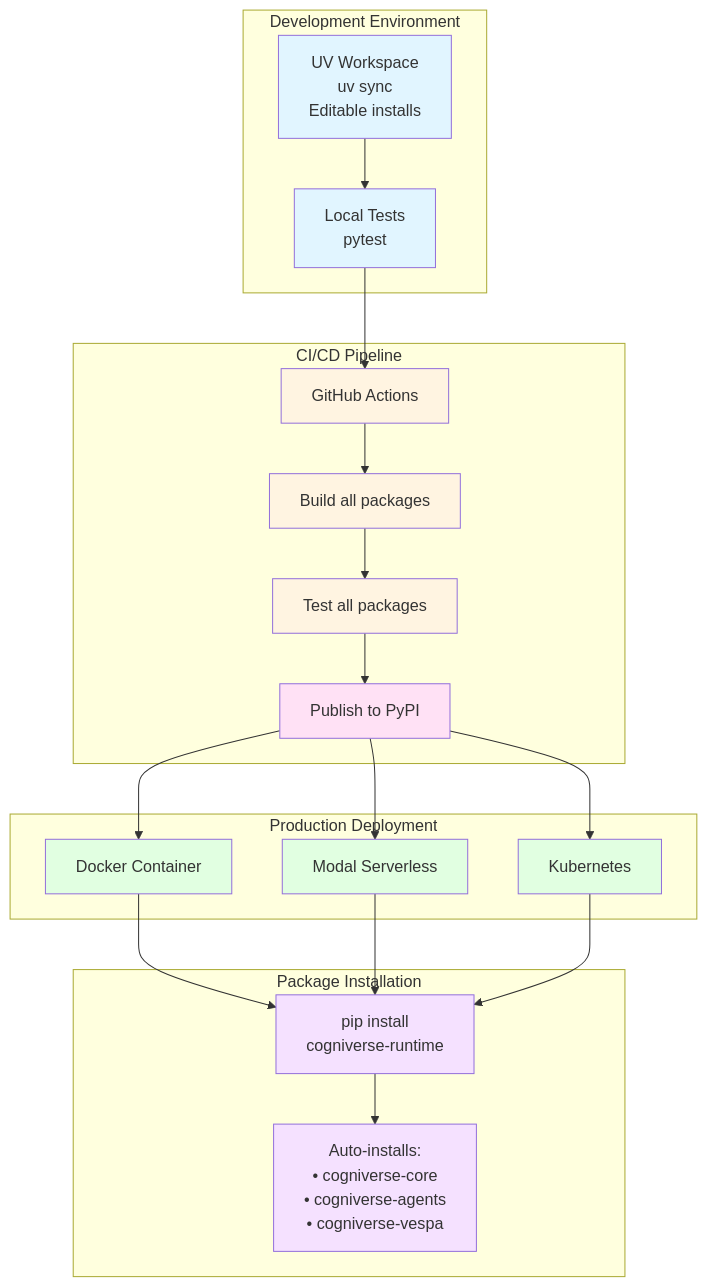
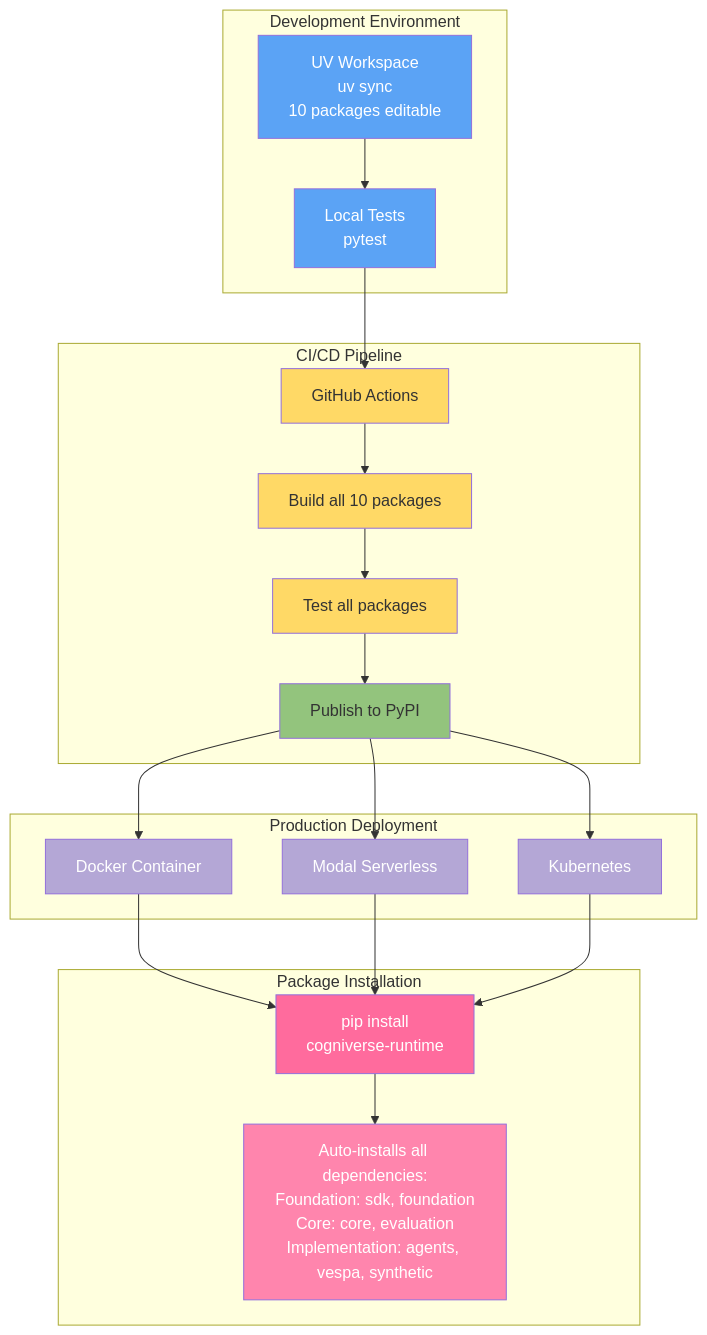
One commit to amit-jain/cogniverse changed diagram 17 of 17 in docs/diagrams/sdk-architecture-diagrams.md. Above: the diagram before and after it, drawn with Mermaid. The commit also changed other lines of this file and 49 other files, not shown here.

First line of the commit message:
Update all documentation to reflect 10-package architecture

````diff
--- a/docs/diagrams/sdk-architecture-diagrams.md
+++ b/docs/diagrams/sdk-architecture-diagrams.md
@@ -653,52 +858,52 @@
 ```mermaid
 graph TB
     subgraph "Development Environment"
-        DevWorkspace[UV Workspace<br/>uv sync<br/>Editable installs]
+        DevWorkspace[UV Workspace<br/>uv sync<br/>10 packages editable]
         DevTests[Local Tests<br/>pytest]
     end
 
     subgraph "CI/CD Pipeline"
         GitHub[GitHub Actions]
-        BuildAll[Build all packages]
+        BuildAll[Build all 10 packages]
         TestAll[Test all packages]
         PublishPyPI[Publish to PyPI]
     end
 
     subgraph "Production Deployment"
         Docker[Docker Container]
         Modal[Modal Serverless]
         Kubernetes[Kubernetes]
     end
 
     subgraph "Package Installation"
         ProdInstall[pip install<br/>cogniverse-runtime]
-        AllDeps[Auto-installs:<br/>• cogniverse-core<br/>• cogniverse-agents<br/>• cogniverse-vespa]
+        AllDeps[Auto-installs all dependencies:<br/>Foundation: sdk, foundation<br/>Core: core, evaluation<br/>Implementation: agents, vespa, synthetic]
     end
 
     DevWorkspace --> DevTests
     DevTests --> GitHub
     GitHub --> BuildAll
     BuildAll --> TestAll
     TestAll --> PublishPyPI
 
     PublishPyPI --> Docker
     PublishPyPI --> Modal
     PublishPyPI --> Kubernetes
 
     Docker --> ProdInstall
     Modal --> ProdInstall
     Kubernetes --> ProdInstall
     ProdInstall --> AllDeps
 
-    style DevWorkspace fill:#e1f5ff
-    style DevTests fill:#e1f5ff
-    style GitHub fill:#fff4e1
-    style BuildAll fill:#fff4e1
-    style TestAll fill:#fff4e1
-    style PublishPyPI fill:#ffe1f5
-    style Docker fill:#e1ffe1
-    style Modal fill:#e1ffe1
-    style Kubernetes fill:#e1ffe1
-    style ProdInstall fill:#f5e1ff
-    style AllDeps fill:#f5e1ff
+    style DevWorkspace fill:#5BA3F5,color:#fff
+    style DevTests fill:#5BA3F5,color:#fff
+    style GitHub fill:#FFD966
+    style BuildAll fill:#FFD966
+    style TestAll fill:#FFD966
+    style PublishPyPI fill:#93C47D
+    style Docker fill:#B4A7D6,color:#fff
+    style Modal fill:#B4A7D6,color:#fff
+    style Kubernetes fill:#B4A7D6,color:#fff
+    style ProdInstall fill:#FF6B9D,color:#fff
+    style AllDeps fill:#FF85AD,color:#fff
 ```
````
